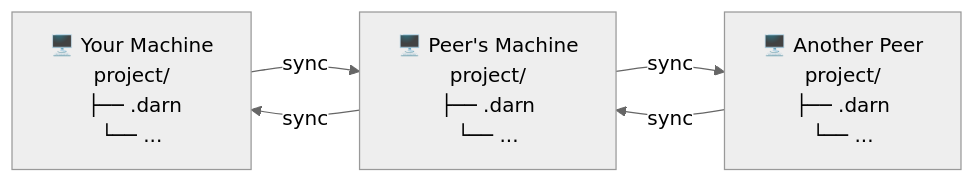
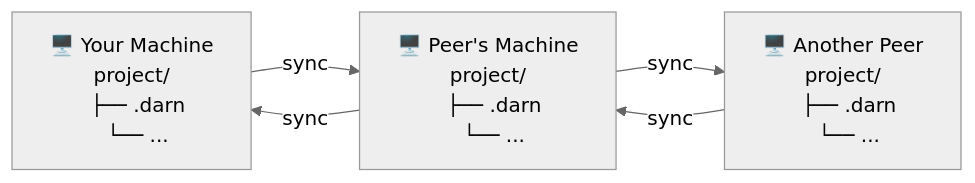
One commit to inkandswitch/darn changed the diagram in README.md. Above: the diagram before and after it, drawn with Mermaid (neutral theme).

````diff
--- a/README.md
+++ b/README.md
@@ -11,11 +11,11 @@
 ```mermaid
 graph LR
-    A["🖥️ Your Machine<br/>project/<br/>&nbsp├── .darn<br/>└── ..."]
-    B["🖥️ Peer's Machine<br/>project/<br/>├── .darn<br/>└── ..."]
-    C["🖥️ Another Peer<br/>project/<br/>├── .darn<br/>└── ..."]
+    A["🖥️ Your Machine<br/>project/<br/>&nbsp;&nbsp;├── .darn<br/>&nbsp;&nbsp;└── ..."]
+    B["🖥️ Peer's Machine<br/>project/<br/>&nbsp;&nbsp;├── .darn<br/>&nbsp;&nbsp;└── ..."]
+    C["🖥️ Another Peer<br/>project/<br/>&nbsp;&nbsp;├── .darn<br/>&nbsp;&nbsp;└── ..."]
 
     A -- sync --> B
     B -- sync --> A
     B -- sync --> C
     C -- sync --> B
 ```
````
